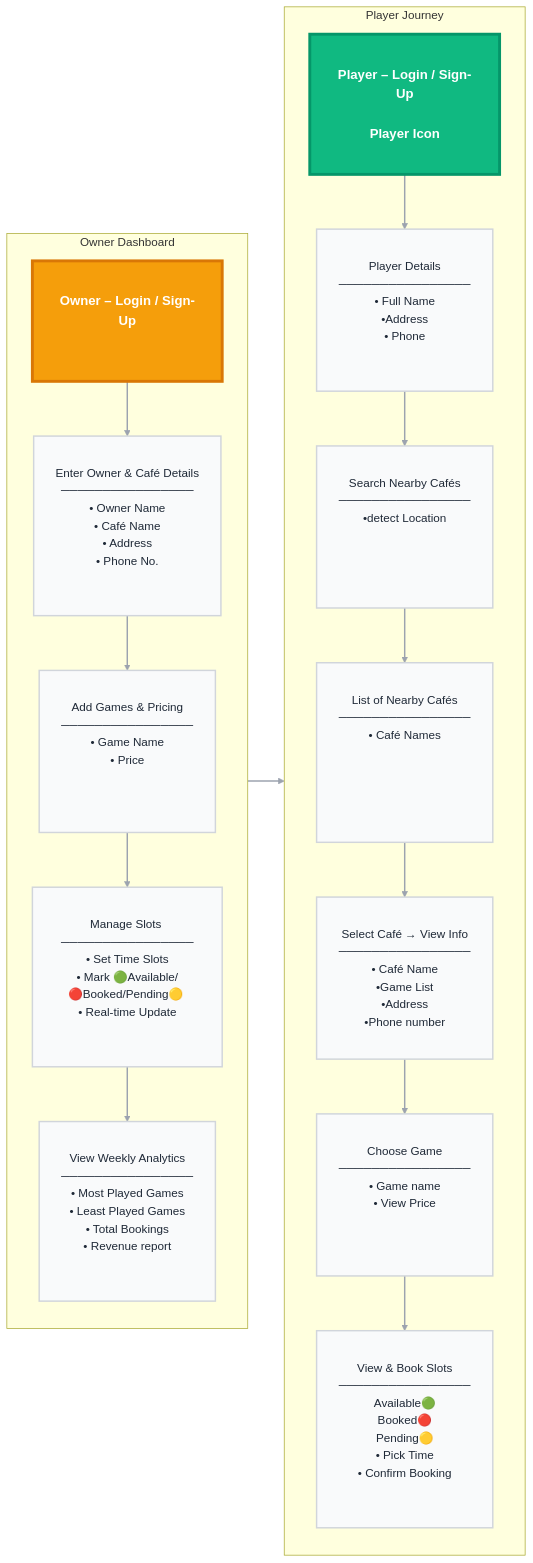
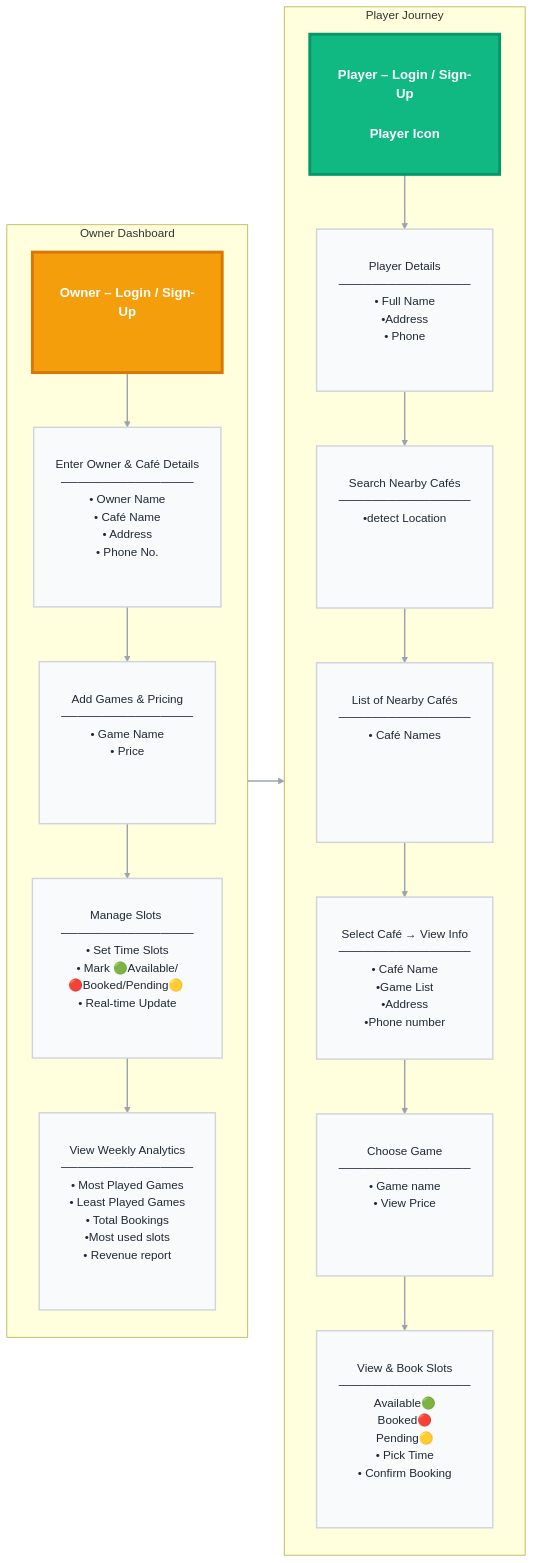
Before and after one commit to yuvrajsingh-Gkmit/gamegrid-docs: the first of 3 diagrams in docs/index.md, drawn with Mermaid. The commit also changed other lines of this file, not shown here.

````diff
--- a/docs/index.md
+++ b/docs/index.md
@@ -38,43 +38,43 @@
 ```mermaid
 flowchart LR
     %% === OWNER FLOW (LEFT – FIRST) ===
     subgraph Owner_Flow ["Owner Dashboard"]
         direction TB
         O1["Owner – Login / Sign-Up<br><br>"] 
         O2["Enter Owner & Café Details<br>────────────────<br>• Owner Name<br>• Café Name<br>• Address<br>• Phone No.<br><br>"] 
         O3["Add Games & Pricing<br>────────────────<br>• Game Name<br>• Price<br><br><br>"] 
         O4["Manage Slots <br>────────────────<br>• Set Time Slots<br>• Mark 🟢Available/🔴Booked/Pending🟡 <br>• Real-time Update<br><br>"] 
-        O5["View Weekly Analytics<br>────────────────<br>• Most Played Games<br>• Least Played Games<br>• Total Bookings<br>• Revenue report<br><br>"]
+        O5["View Weekly Analytics<br>────────────────<br>• Most Played Games<br>• Least Played Games<br>• Total Bookings<br>•Most used slots<br>• Revenue report<br><br>"]
 
         O1 --> O2 --> O3 --> O4 --> O5
     end
 
     %% === PLAYER FLOW (RIGHT – SECOND) ===
     subgraph Player_Flow ["Player Journey"]
         direction TB
         P1["Player – Login / Sign-Up<br><br>Player Icon"] 
         P2["Player Details<br>────────────────<br>• Full Name<br>•Address<br>• Phone <br><br>"] 
         P3["Search Nearby Cafés<br>────────────────<br>•detect Location<br><br><br><br>"] 
         P4["List of Nearby Cafés<br>────────────────<br>• Café Names<br><br><br><br><br>"] 
         P5["Select Café → View Info<br>────────────────<br>• Café Name<br>•Game List<br>•Address<br>•Phone number<br>"] 
         P6["Choose Game<br>────────────────<br>• Game name <br>• View Price <br><br><br>"] 
         P7["View & Book Slots<br>────────────────<br>Available🟢<br>Booked🔴<br>Pending🟡<br>• Pick Time<br>• Confirm Booking<br><br>"]
 
         P1 --> P2 --> P3 --> P4 --> P5 --> P6 --> P7
     end
 
     %% === STYLING: BIG, BOLD, EMOJI-READY ===
     classDef ownerStart fill:#F59E0B, color:#fff, stroke:#D97706, stroke-width:4px, font-size:18px, padding:28px, font-weight:bold, border-radius:14px
     classDef playerStart fill:#10B981, color:#fff, stroke:#059669, stroke-width:4px, font-size:18px, padding:28px, font-weight:bold, border-radius:14px
     classDef stepStyle fill:#F9FAFB, color:#1F2937, stroke:#D1D5DB, stroke-width:2px, font-size:16px, padding:24px, border-radius:12px
 
     class O1 ownerStart
     class P1 playerStart
     class O2,O3,O4,O5 stepStyle
     class P2,P3,P4,P5,P6,P7 stepStyle
 
     %% Force Owner LEFT, Player RIGHT
     Owner_Flow -.-> Player_Flow
     linkStyle default stroke:#9CA3AF, stroke-width: 2px, stroke-dasharray: 0 0 
 
 ```
````
